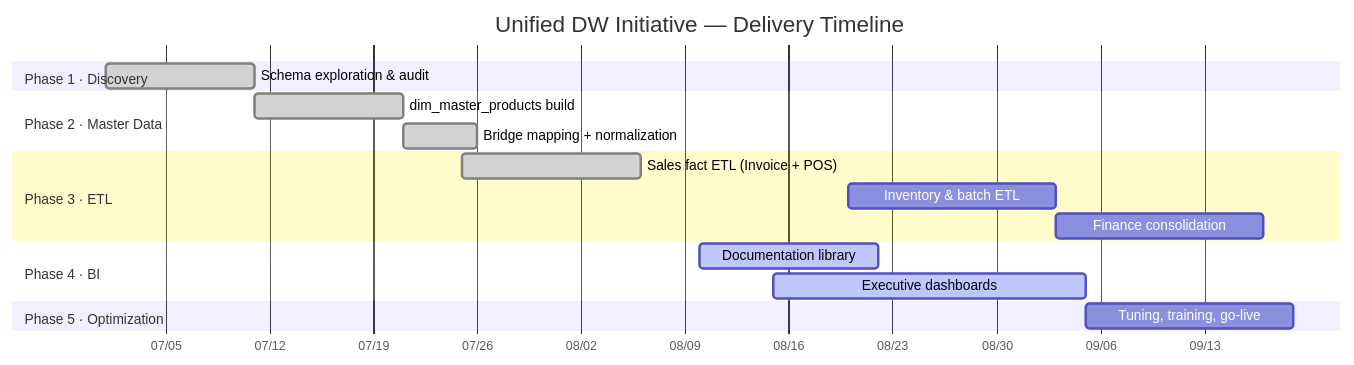
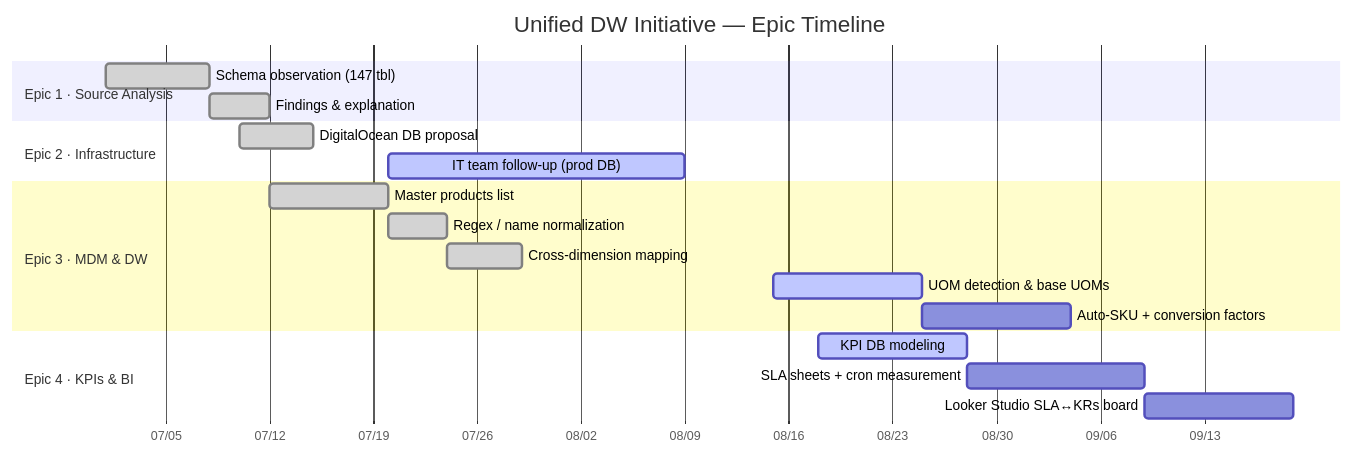
One commit to kaungmyatkyaw-cloud/docs-marathon-bi changed the diagram in docs/projects/index.md. Above: the diagram before and after it, drawn with Mermaid. The commit also changed other lines of this file and 7 other files, not shown here.

Commit message:
docs: convert TO DO LIST into Epic-based WBS tracker

````diff
--- a/docs/projects/index.md
+++ b/docs/projects/index.md
@@ -43,20 +35,22 @@
 ```mermaid
 gantt
-    title Unified DW Initiative — Delivery Timeline
+    title Unified DW Initiative — Epic Timeline
     dateFormat YYYY-MM-DD
     axisFormat %m/%d
-    section Phase 1 · Discovery
-    Schema exploration & audit        :done, p1, 2026-07-01, 10d
-    section Phase 2 · Master Data
-    dim_master_products build         :done, p2, 2026-07-11, 10d
-    Bridge mapping + normalization    :done, p2b, after p2, 5d
-    section Phase 3 · ETL
-    Sales fact ETL (Invoice + POS)    :done, p3, 2026-07-25, 12d
-    Inventory & batch ETL             :p6, 2026-08-20, 14d
-    Finance consolidation             :p7, after p6, 14d
-    section Phase 4 · BI
-    Documentation library             :active, p4, 2026-08-10, 12d
-    Executive dashboards              :active, p5, 2026-08-15, 21d
-    section Phase 5 · Optimization
-    Tuning, training, go-live         :p8, after p5, 14d
+    section Epic 1 · Source Analysis
+    Schema observation (147 tbl)   :done, e1a, 2026-07-01, 7d
+    Findings & explanation         :done, e1b, after e1a, 4d
+    section Epic 2 · Infrastructure
+    DigitalOcean DB proposal       :done, e2a, 2026-07-10, 5d
+    IT team follow-up (prod DB)    :active, e2b, 2026-07-20, 20d
+    section Epic 3 · MDM & DW
+    Master products list           :done, e3a, 2026-07-12, 8d
+    Regex / name normalization     :done, e3b, after e3a, 4d
+    Cross-dimension mapping        :done, e3c, after e3b, 5d
+    UOM detection & base UOMs      :active, e3d, 2026-08-15, 10d
+    Auto-SKU + conversion factors  :e3e, after e3d, 10d
+    section Epic 4 · KPIs & BI
+    KPI DB modeling                :active, e4a, 2026-08-18, 10d
+    SLA sheets + cron measurement  :e4b, after e4a, 12d
+    Looker Studio SLA↔KRs board    :e4c, after e4b, 10d
 ```
````
